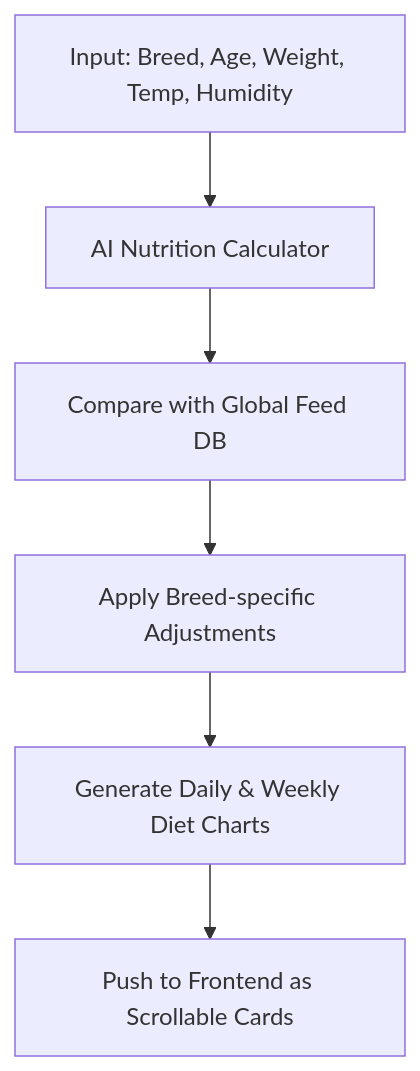
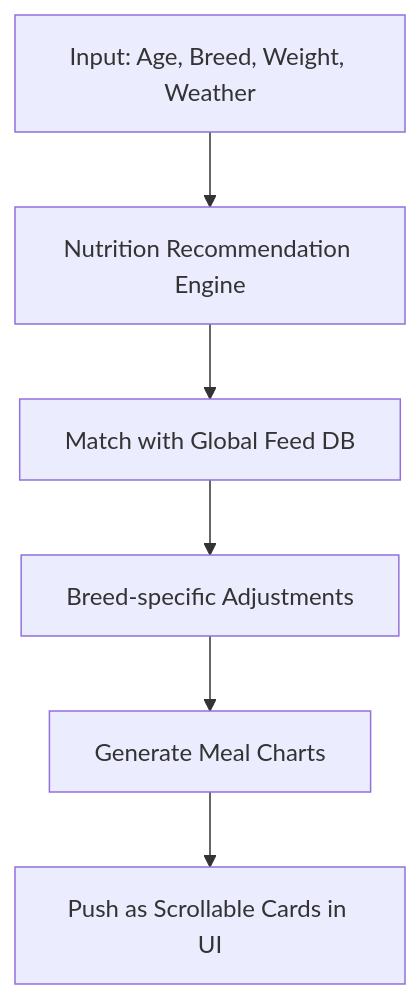
One commit to Maheshh-S/AquaBov changed the fifth of 5 diagrams in README.md. Above: the diagram before and after it, drawn with Mermaid. The commit also changed other lines of this file, not shown here.

````diff
--- a/README.md
+++ b/README.md
@@ -78,8 +74,8 @@
 ```mermaid
 graph TD;
-    I[Input: Breed, Age, Weight, Temp, Humidity] --> A[AI Nutrition Calculator]
-    A --> B[Compare with Global Feed DB]
-    B --> C[Apply Breed-specific Adjustments]
-    C --> D[Generate Daily & Weekly Diet Charts]
-    D --> E[Push to Frontend as Scrollable Cards]
+    I[Input: Age, Breed, Weight, Weather] --> A[Nutrition Recommendation Engine]
+    A --> B[Match with Global Feed DB]
+    B --> C[Breed-specific Adjustments]
+    C --> D[Generate Meal Charts]
+    D --> E[Push as Scrollable Cards in UI]
 ```
````
